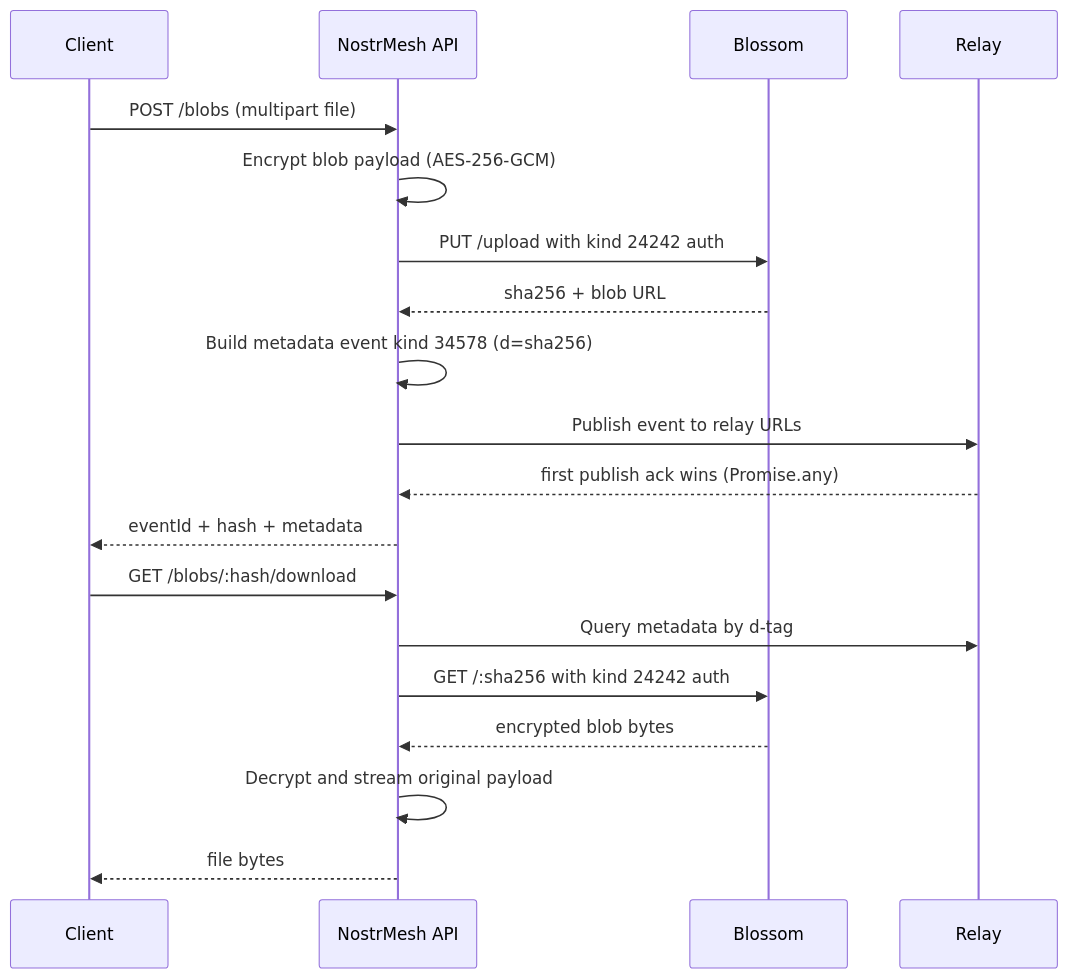
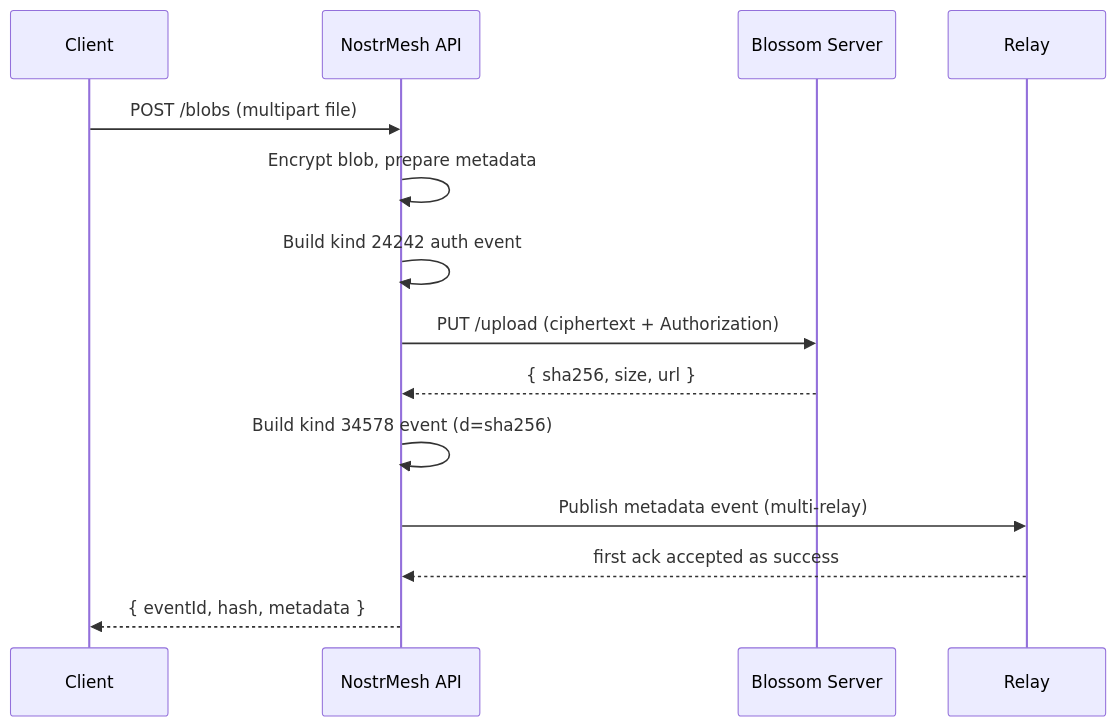
Before and after one commit to 1amKhush/NostrMesh: the second of 3 diagrams in docs/architecture.md, drawn with Mermaid. The commit also changed other lines of this file and 39 other files, not shown here.

````diff
--- a/docs/architecture.md
+++ b/docs/architecture.md
@@ -94,23 +76,17 @@
 ```mermaid
 sequenceDiagram
     participant C as Client
     participant A as NostrMesh API
-    participant B as Blossom
+    participant B as Blossom Server
     participant R as Relay
 
     C->>A: POST /blobs (multipart file)
-    A->>A: Encrypt blob payload (AES-256-GCM)
-    A->>B: PUT /upload with kind 24242 auth
-    B-->>A: sha256 + blob URL
-    A->>A: Build metadata event kind 34578 (d=sha256)
-    A->>R: Publish event to relay URLs
-    R-->>A: first publish ack wins (Promise.any)
-    A-->>C: eventId + hash + metadata
-
-    C->>A: GET /blobs/:hash/download
-    A->>R: Query metadata by d-tag
-    A->>B: GET /:sha256 with kind 24242 auth
-    B-->>A: encrypted blob bytes
-    A->>A: Decrypt and stream original payload
-    A-->>C: file bytes
+    A->>A: Encrypt blob, prepare metadata
+    A->>A: Build kind 24242 auth event
+    A->>B: PUT /upload (ciphertext + Authorization)
+    B-->>A: { sha256, size, url }
+    A->>A: Build kind 34578 event (d=sha256)
+    A->>R: Publish metadata event (multi-relay)
+    R-->>A: first ack accepted as success
+    A-->>C: { eventId, hash, metadata }
 ```
````
